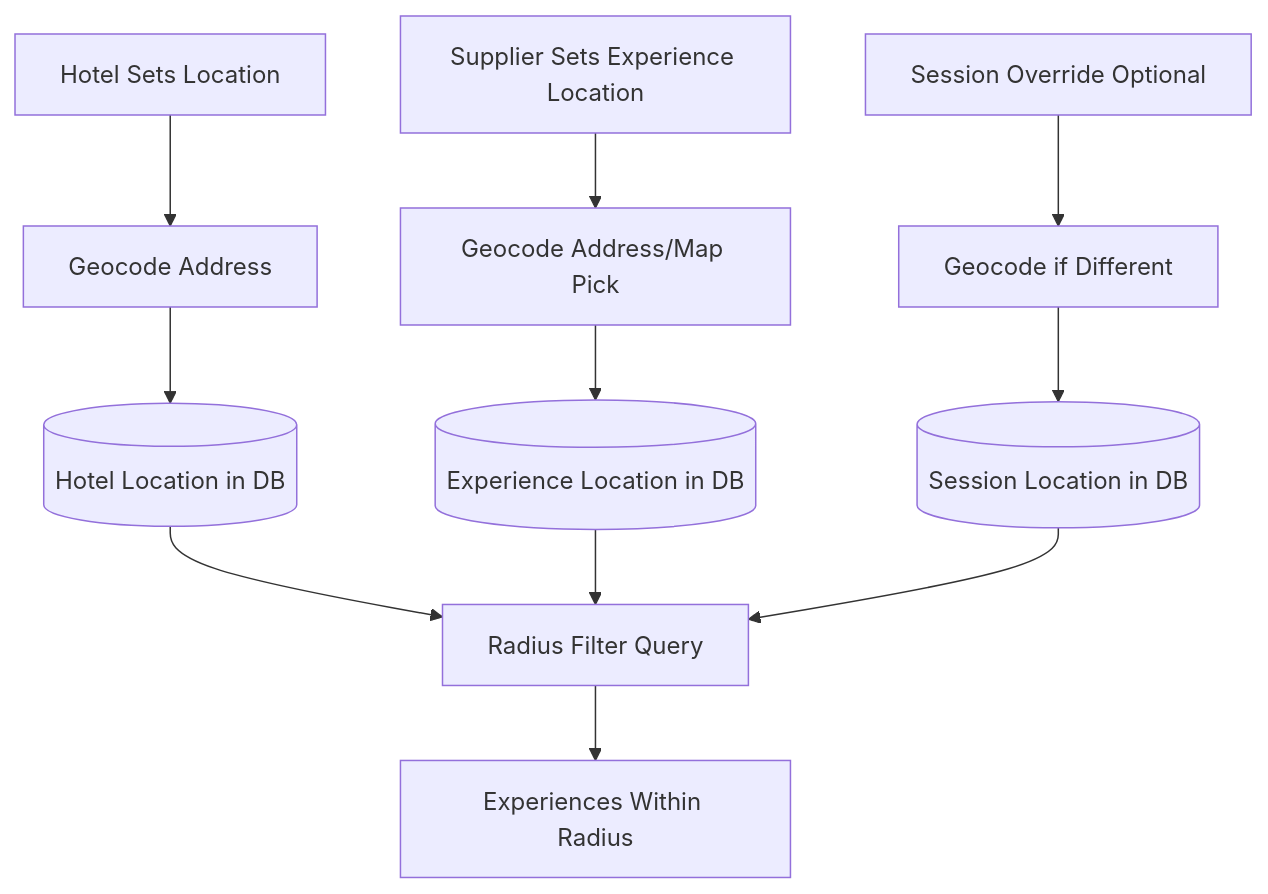
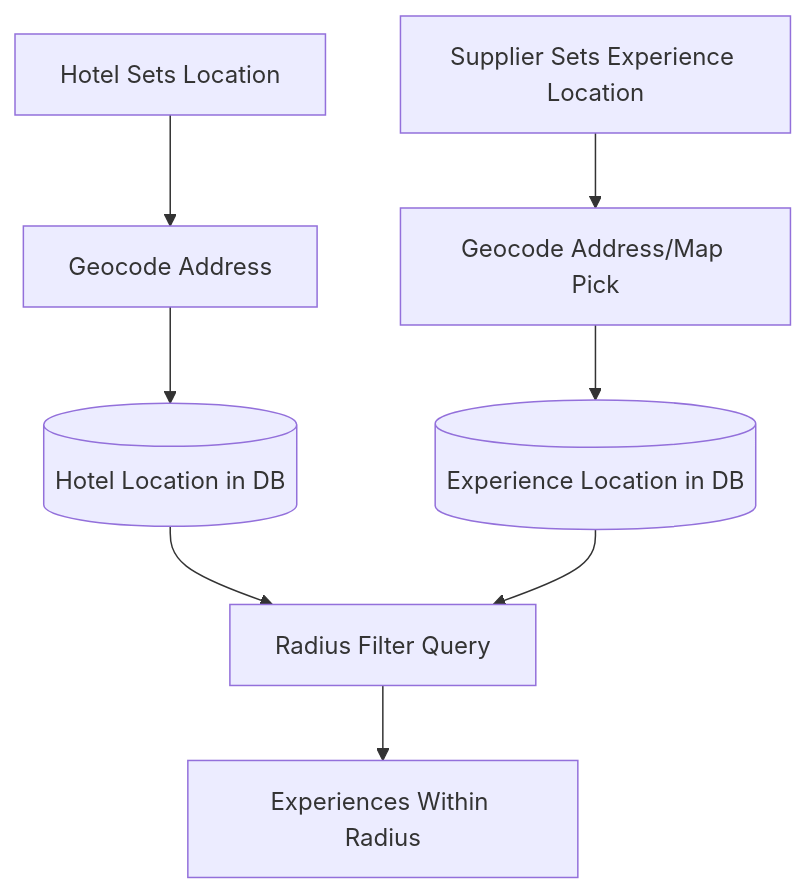
Before and after one commit to traverum/traverum: the diagram in docs/systems/location-system.md, drawn with Mermaid. The commit also changed other lines of this file and 7 other files, not shown here.

````diff
--- a/docs/systems/location-system.md
+++ b/docs/systems/location-system.md
@@ -9,16 +9,12 @@
 ```mermaid
 graph TB
     Hotel[Hotel Sets Location] --> Geocode[Geocode Address]
     Geocode --> HotelDB[(Hotel Location in DB)]
     
     Supplier[Supplier Sets Experience Location] --> Geocode2[Geocode Address/Map Pick]
     Geocode2 --> ExpDB[(Experience Location in DB)]
-    
-    Session[Session Override Optional] --> Geocode3[Geocode if Different]
-    Geocode3 --> SessionDB[(Session Location in DB)]
-    
+        
     HotelDB --> Filter[Radius Filter Query]
     ExpDB --> Filter
-    SessionDB --> Filter
     Filter --> Results[Experiences Within Radius]
 ```
````
